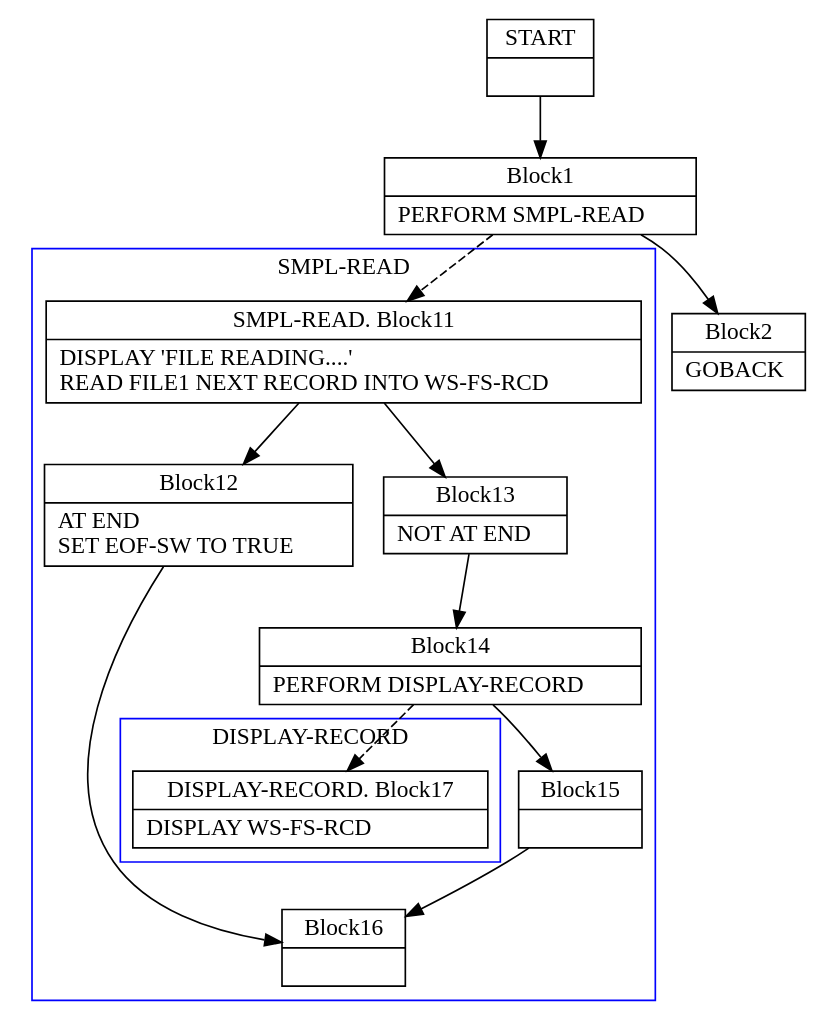
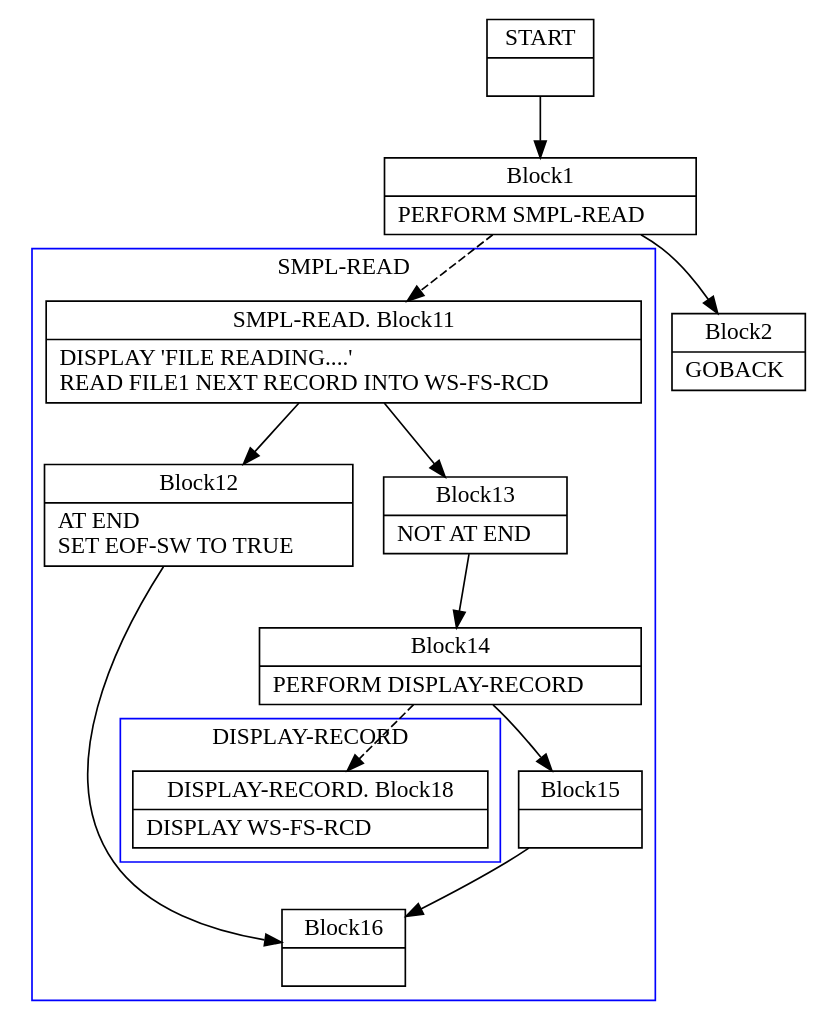
Before and after one commit to TypeCobolTeam/TypeCobol: the diagram in TypeCobol.Analysis.Test/BasicCfgInstrs/Read0.dot, drawn with Graphviz. The commit also changed 54 other files, not shown here.

Commit message:
WI #1267 Fix iterative and recursive PERFORMs graph building

```diff
--- a/TypeCobol.Analysis.Test/BasicCfgInstrs/Read0.dot
+++ b/TypeCobol.Analysis.Test/BasicCfgInstrs/Read0.dot
@@ -1,63 +1,63 @@
 digraph Cfg {
 compound=true;
 node [
 shape = "record"
 ]
 
 edge [
 arrowtail = "empty"
 ]
 Block0 [
 label = "{START|}"
 ]
 Block1 [
 label = "{Block1|    PERFORM SMPL-READ\l}"
 ]
 subgraph cluster_1{
 color = blue;
 label = "SMPL-READ";
 Block11 [
 label = "{SMPL-READ. Block11|    DISPLAY 'FILE READING....'\l    READ FILE1 NEXT RECORD                 INTO WS-FS-RCD\l}"
 ]
 Block12 [
 label = "{Block12|    AT END\l      SET EOF-SW         TO TRUE\l}"
 ]
 Block16 [
 label = "{Block16|}"
 ]
 Block13 [
 label = "{Block13|    NOT AT END\l}"
 ]
 Block14 [
 label = "{Block14|      PERFORM DISPLAY-RECORD\l}"
 ]
 subgraph cluster_2{
 color = blue;
 label = "DISPLAY-RECORD";
-Block17 [
-label = "{DISPLAY-RECORD. Block17|    DISPLAY WS-FS-RCD\l}"
+Block18 [
+label = "{DISPLAY-RECORD. Block18|    DISPLAY WS-FS-RCD\l}"
 ]
 
 }
-Block14 -> Block17 [style=dashed]
+Block14 -> Block18 [style=dashed]
 
 Block15 [
 label = "{Block15|}"
 ]
 Block11 -> Block12
 Block11 -> Block13
 Block12 -> Block16
 Block13 -> Block14
 Block14 -> Block15
 Block15 -> Block16
 
 }
 Block1 -> Block11 [style=dashed]
 
 Block2 [
 label = "{Block2|    GOBACK\l}"
 ]
 Block0 -> Block1
 Block1 -> Block2
 
 }
```
